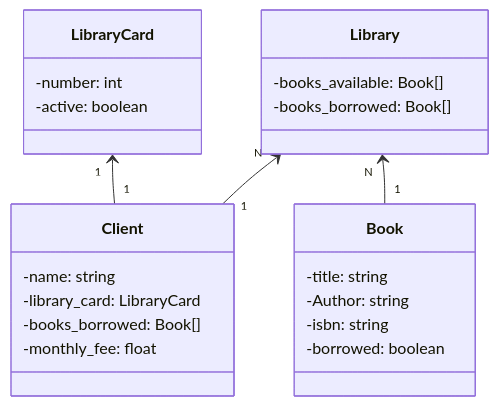
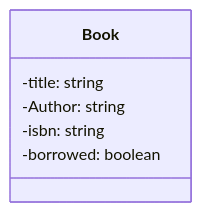
The diagram in README.md (OliYan-debug/Library-Api), drawn with Mermaid before and after one commit. The commit also changed other lines of this file, not shown here.

````diff
--- a/README.md
+++ b/README.md
@@ -6,30 +6,11 @@
 ```mermaid
 classDiagram
-  class Library {
-    -books_available: Book[]
-    -books_borrowed: Book[]
-  }
-  
-  class Client {
-    -name: string
-    -library_card: LibraryCard
-    -books_borrowed: Book[]
-    -monthly_fee: float
-  }
 
   class Book {
     -title: string
     -Author: string
     -isbn: string
     -borrowed: boolean
   }
 
-  class LibraryCard {
-    -number: int
-    -active: boolean
-  }
-
-  Library "N" <-- "1" Client
-  Library "N" <-- "1" Book
-  LibraryCard "1" <-- "1" Client
 ```
````
